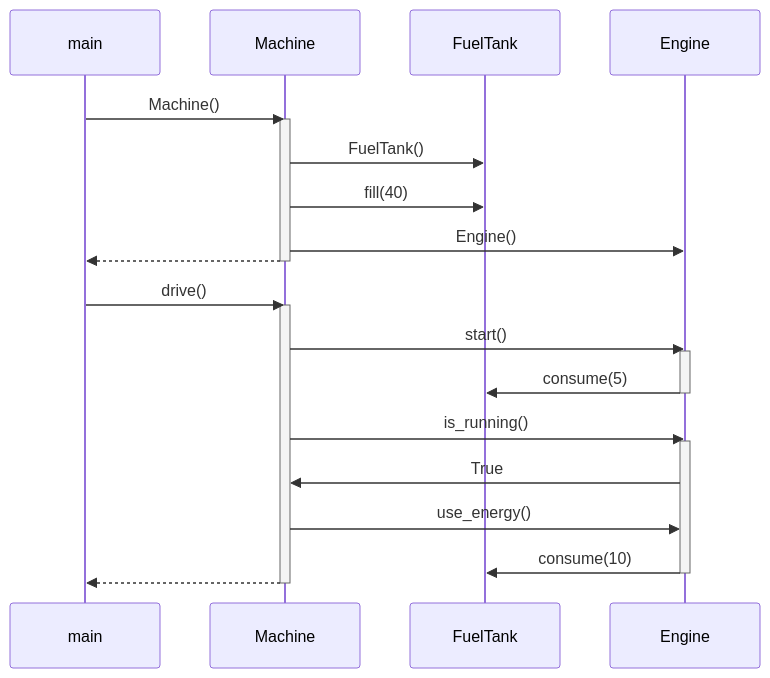
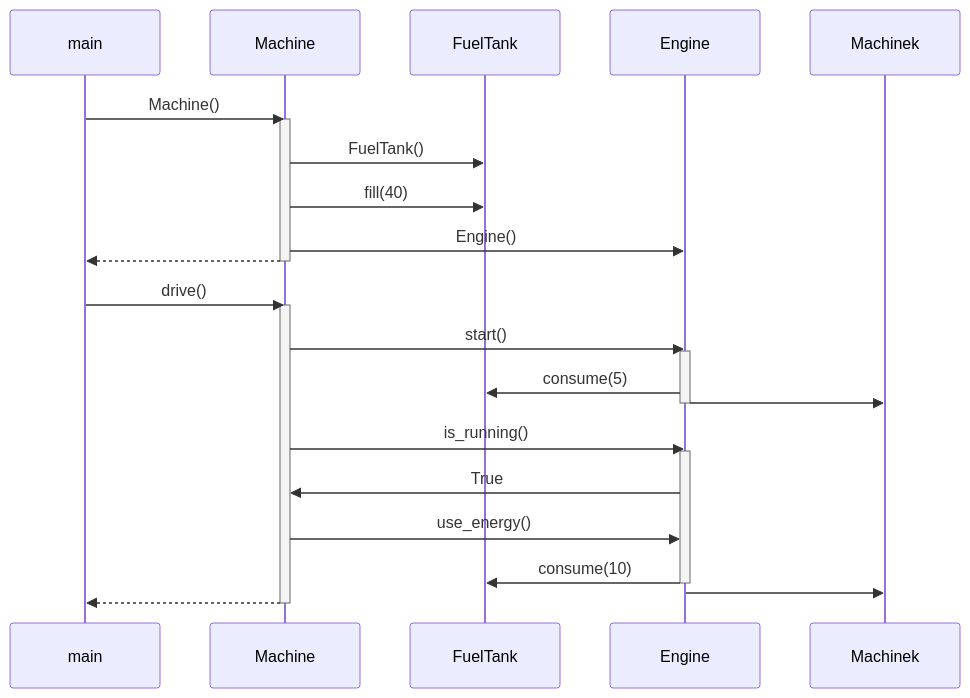
Before and after one commit to brotholi/ot-harjoitustyo: the diagram in laskarit/viikko3/sekvenssikaavio_moottori.md, drawn with Mermaid.

````diff
--- a/laskarit/viikko3/sekvenssikaavio_moottori.md
+++ b/laskarit/viikko3/sekvenssikaavio_moottori.md
@@ -3,36 +3,38 @@
 ```mermaid
 sequenceDiagram
   participant main
   participant Machine
   participant FuelTank
   participant Engine
   
   main->>Machine: Machine() 
   activate Machine
   Machine->>FuelTank: FuelTank()
   Machine->>FuelTank: fill(40)
   Machine->>Engine: Engine()
   Machine-->>main:   
   deactivate Machine
   
   main->>Machine: drive()
   activate Machine
   Machine->>Engine: start()
   activate Engine
   Engine->>FuelTank: consume(5)
+  Engine->>Machinek:    
   deactivate Engine
   Machine->>Engine: is_running()
   activate Engine
   Engine->>Machine: True
   Machine->>Engine: use_energy()
  
   Engine->>FuelTank: consume(10)
  
   deactivate Engine
+  Engine->>Machinek:      
   Machine-->>main:   
   deactivate Machine
 
   
   
   
 ```
````
